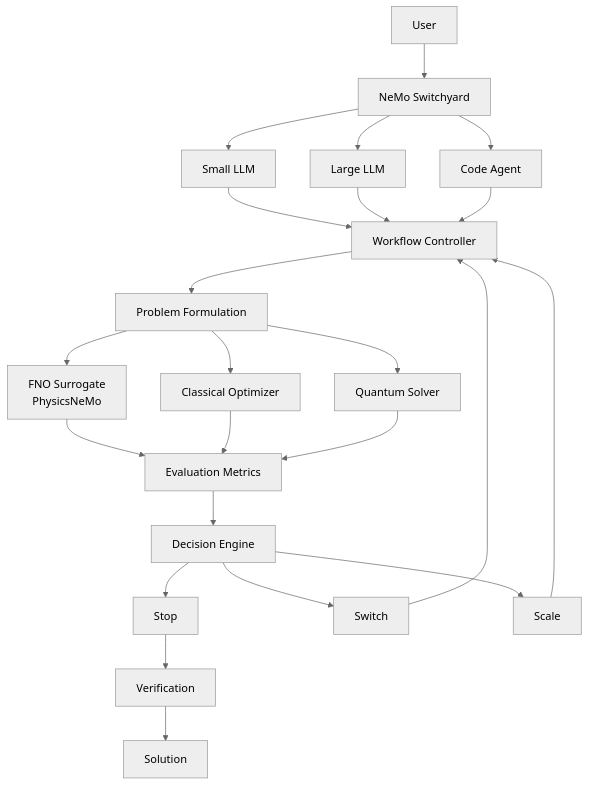
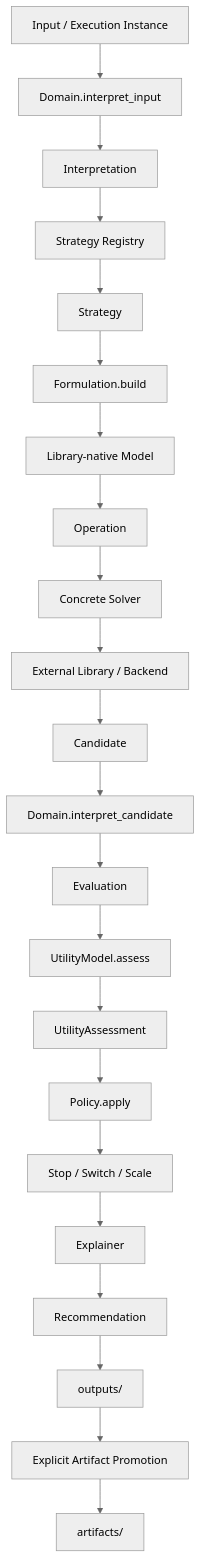
Before and after one commit to chin/hybrid-ai-quantum-platform: the first of 2 diagrams in docs/mermaid-architecture.md, drawn with Mermaid (neutral theme). The commit also changed other lines of this file and 20 other files, not shown here.

````diff
--- a/docs/mermaid-architecture.md
+++ b/docs/mermaid-architecture.md
@@ -7,37 +3,24 @@
 ```mermaid
 flowchart TD
-
-    A[User] --> B[NeMo Switchyard]
-
-    B --> C1[Small LLM]
-    B --> C2[Large LLM]
-    B --> C3[Code Agent]
-
-    C1 --> D
-    C2 --> D
-    C3 --> D
-
-    D[Workflow Controller]
-
-    D --> E[Problem Formulation]
-
-    E --> F[FNO Surrogate<br/>PhysicsNeMo]
-    E --> G[Classical Optimizer]
-    E --> H[Quantum Solver]
-
-    F --> I[Evaluation Metrics]
-    G --> I
-    H --> I
-
-    I --> J[Decision Engine]
-
-    J --> K[Stop]
-    J --> L[Switch]
-    J --> M[Scale]
-
-    L --> D
-    M --> D
-
-    K --> N[Verification]
-    N --> O[Solution]
+    I[Input / Execution Instance] --> D[Domain.interpret_input]
+    D --> INT[Interpretation]
+    INT --> R[Strategy Registry]
+    R --> S[Strategy]
+    S --> F[Formulation.build]
+    F --> M[Library-native Model]
+    M --> O[Operation]
+    O --> SOL[Concrete Solver]
+    SOL --> LIB[External Library / Backend]
+    LIB --> C[Candidate]
+    C --> DE[Domain.interpret_candidate]
+    DE --> E[Evaluation]
+    E --> U[UtilityModel.assess]
+    U --> UA[UtilityAssessment]
+    UA --> P[Policy.apply]
+    P --> DEC[Stop / Switch / Scale]
+    DEC --> X[Explainer]
+    X --> REC[Recommendation]
+    REC --> OUT[outputs/]
+    OUT --> AR[Explicit Artifact Promotion]
+    AR --> CUR[artifacts/]
 ```
````
